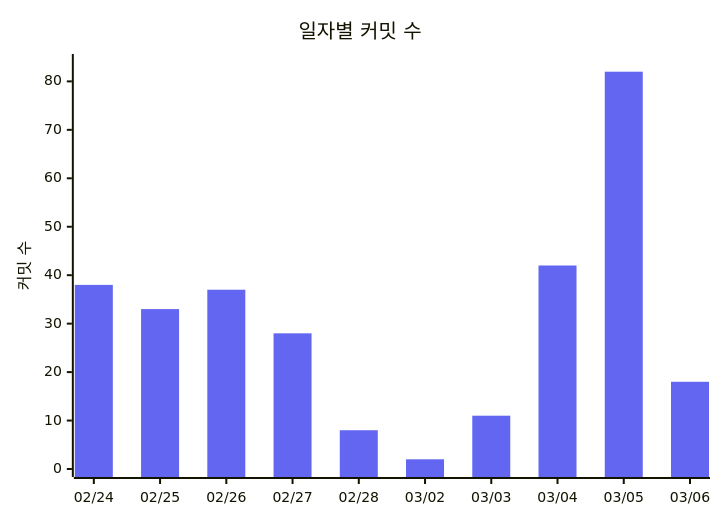
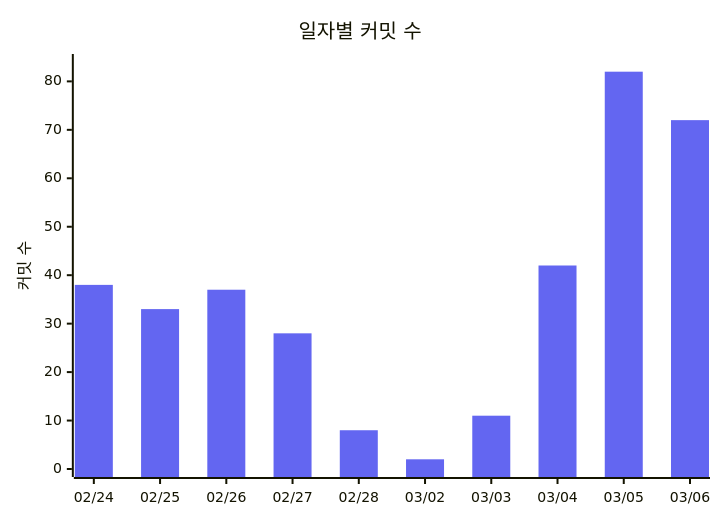
Before and after one commit to 3rd-project-team-1/ALYAC-market-team1: the fourth of 4 diagrams in README.md, drawn with Mermaid. The commit also changed other lines of this file, not shown here.

````diff
--- a/README.md
+++ b/README.md
@@ -452,12 +452,12 @@
 ```mermaid
 %%{init: { 'theme': 'base', 'themeVariables': {
   'xyChart': {
     'plotColorPalette': '#6366f1'
   }
 } } }%%
 xychart-beta
   title "일자별 커밋 수"
   x-axis ["02/24", "02/25", "02/26", "02/27", "02/28", "03/02", "03/03", "03/04", "03/05", "03/06"]
   y-axis "커밋 수" 0 --> 84
-  bar [38, 33, 37, 28, 8, 2, 11, 42, 82, 18]
+  bar [38, 33, 37, 28, 8, 2, 11, 42, 82, 72]
 ```
````
